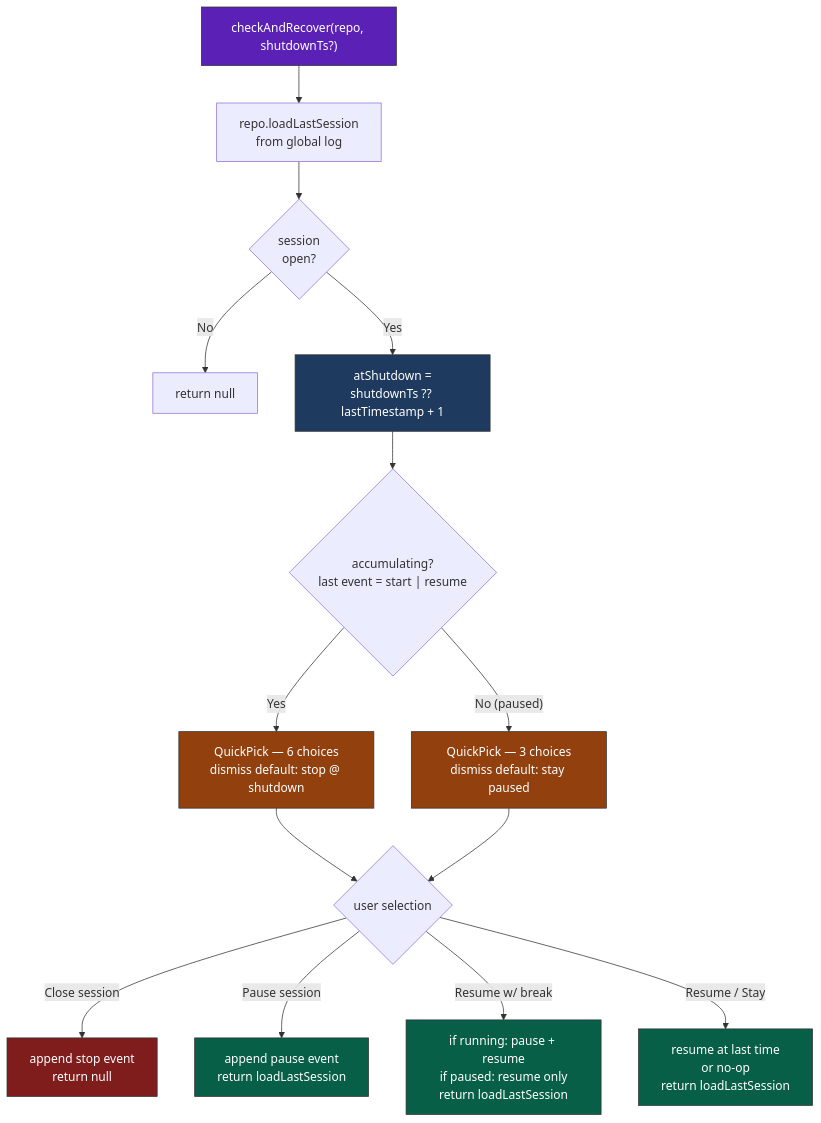
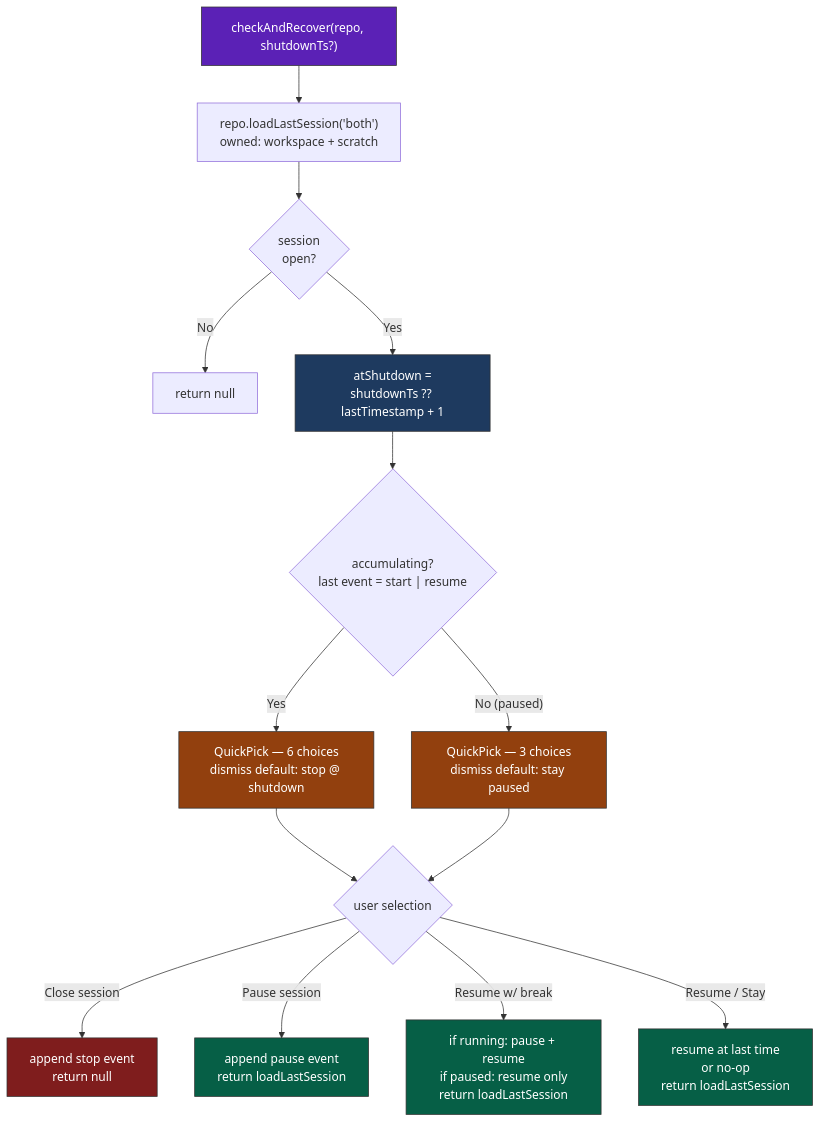
One commit to Heliman84/timescope changed the fourth of 8 diagrams in docs/processes.md. Above: the diagram before and after it, drawn with Mermaid. The commit also changed other lines of this file and 15 other files, not shown here.

````diff
--- a/docs/processes.md
+++ b/docs/processes.md
@@ -103,24 +103,24 @@
 ```mermaid
 flowchart TD
-    A["checkAndRecover(repo, shutdownTs?)"] --> B["repo.loadLastSession<br>from global log"]
+    A["checkAndRecover(repo, shutdownTs?)"] --> B["repo.loadLastSession('both')<br>owned: workspace + scratch"]
     B --> C{"session<br>open?"}
     C -- No --> Z["return null"]
     C -- Yes --> TS["atShutdown =<br>shutdownTs ?? lastTimestamp + 1"]
     TS --> D{"accumulating?<br>last event = start | resume"}
     D -- Yes --> QP1["QuickPick — 6 choices<br>dismiss default: stop @ shutdown"]
     D -- "No (paused)" --> QP2["QuickPick — 3 choices<br>dismiss default: stay paused"]
     QP1 & QP2 --> SEL{"user selection"}
     SEL -- "Close session" --> STOP["append stop event<br>return null"]
     SEL -- "Pause session" --> PAUSE["append pause event<br>return loadLastSession"]
     SEL -- "Resume w/ break" --> BREAK["if running: pause + resume<br>if paused: resume only<br>return loadLastSession"]
     SEL -- "Resume / Stay" --> NOOP["resume at last time<br>or no-op<br>return loadLastSession"]
 
     style A fill:#5b21b6,stroke:#333,color:#fff
     style TS fill:#1e3a5f,stroke:#333,color:#fff
     style QP1 fill:#92400e,stroke:#333,color:#fff
     style QP2 fill:#92400e,stroke:#333,color:#fff
     style STOP fill:#7f1d1d,stroke:#333,color:#fff
     style PAUSE fill:#065f46,stroke:#333,color:#fff
     style BREAK fill:#065f46,stroke:#333,color:#fff
     style NOOP fill:#065f46,stroke:#333,color:#fff
 ```
````
